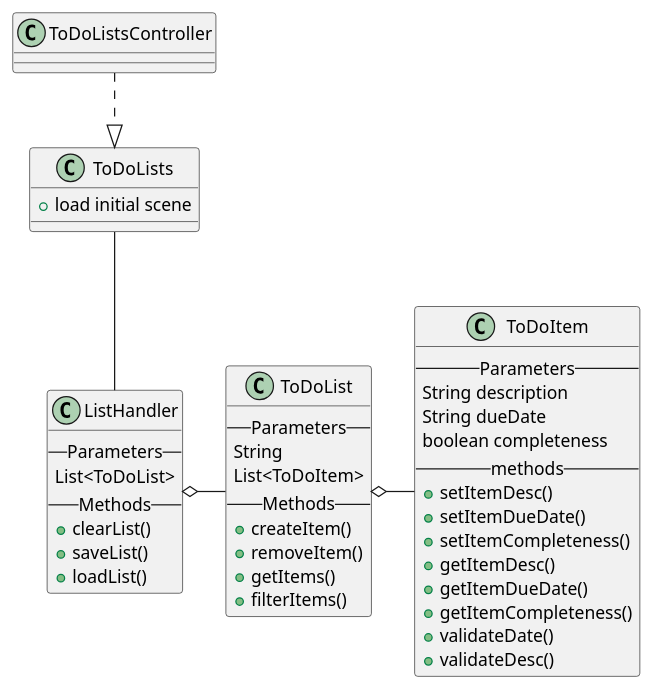
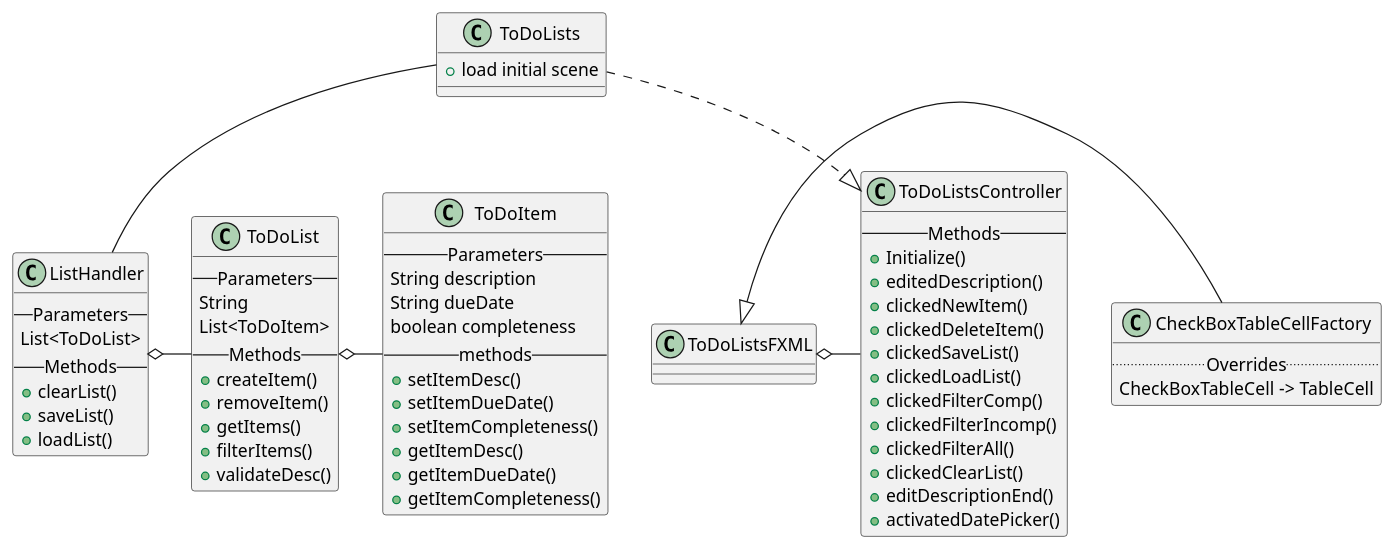
Before and after one commit to K-Schiffli/Schiffli-5856-a5: the diagram in src/uml/Assignment04.puml, drawn with PlantUML. The commit also changed 9 other files, not shown here.

```diff
--- a/src/uml/Assignment04.puml
+++ b/src/uml/Assignment04.puml
@@ -1,51 +1,72 @@
 @startuml
 'https://plantuml.com/class-diagram
 
 Class ToDoLists{
 +load initial scene
 }
 
-Class ToDoListsController
+Class ToDoListsController{
+--Methods--
++Initialize()
++editedDescription()
++clickedNewItem()
++clickedDeleteItem()
++clickedSaveList()
++clickedLoadList()
++clickedFilterComp()
++clickedFilterIncomp()
++clickedFilterAll()
++clickedClearList()
++editDescriptionEnd()
++activatedDatePicker()
+}
 
 Class ListHandler{
 --Parameters--
 List<ToDoList>
 --Methods--
 +clearList()
 +saveList()
 +loadList()
 }
 
 Class ToDoList{
 --Parameters--
 String
 List<ToDoItem>
 --Methods--
 +createItem()
 +removeItem()
 +getItems()
 +filterItems()
++validateDesc()
 }
 
 Class ToDoItem{
 --Parameters--
 String description
 String dueDate
 boolean completeness
 --methods--
 +setItemDesc()
 +setItemDueDate()
 +setItemCompleteness()
 +getItemDesc()
 +getItemDueDate()
 +getItemCompleteness()
-+validateDate()
-+validateDesc()
 }
 
-ToDoListsController ..|> ToDoLists
+Class CheckBoxTableCellFactory{
+..Overrides..
+CheckBoxTableCell -> TableCell
+}
+
+
+ToDoLists ..|> ToDoListsController
 ToDoLists -- ListHandler
 ListHandler o- ToDoList
 ToDoList o- ToDoItem
+ToDoListsFXML <|- CheckBoxTableCellFactory
+ToDoListsFXML o- ToDoListsController
 
 @enduml
```
